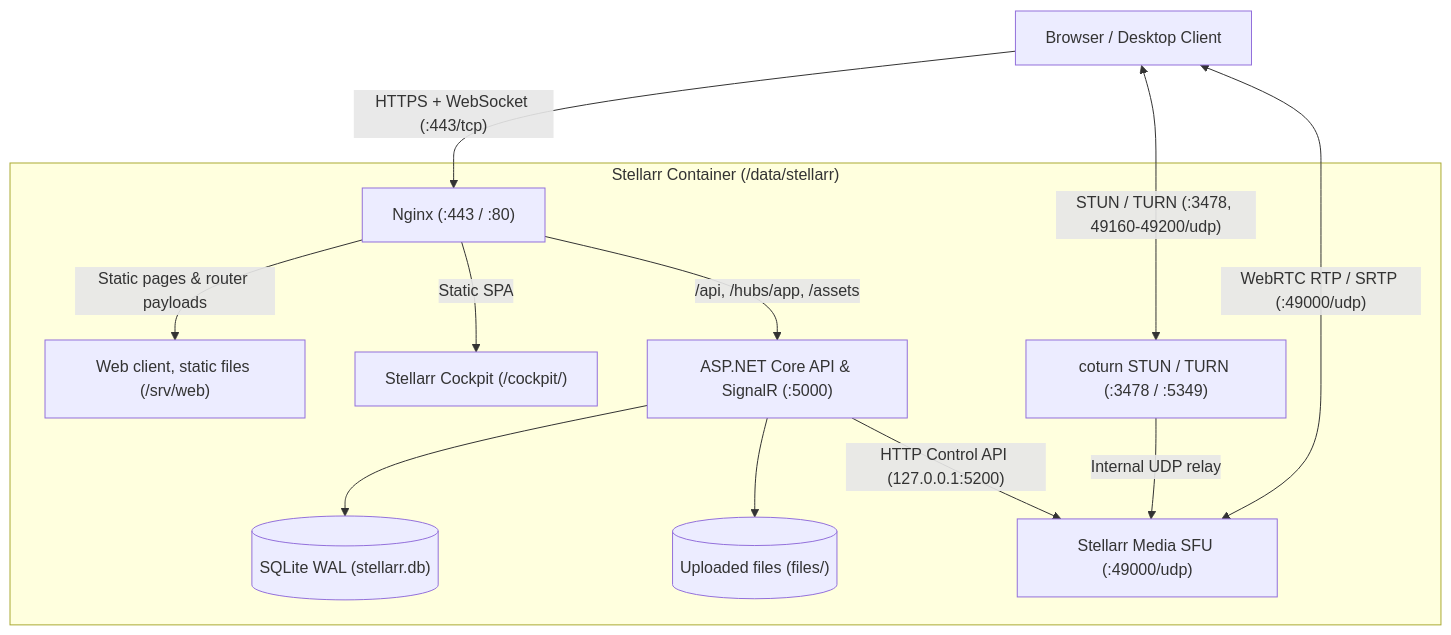
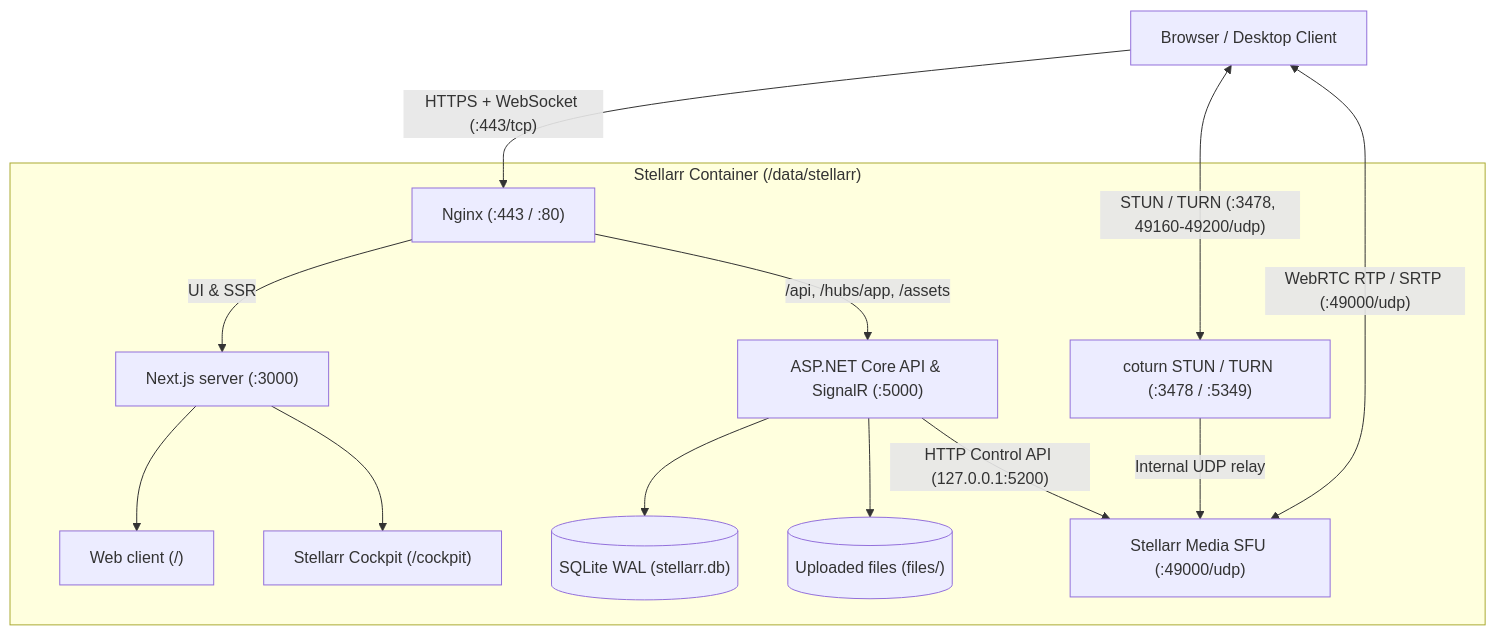
The diagram in docs/architecture.md (Arkazzae/Stellar), drawn with Mermaid before and after one commit. The commit also changed other lines of this file and 6 other files, not shown here.

````diff
--- a/docs/architecture.md
+++ b/docs/architecture.md
@@ -9,27 +9,29 @@
 ```mermaid
 flowchart TD
     Browser["Browser / Desktop Client"]
 
     subgraph Container["Stellarr Container (/data/stellarr)"]
         Nginx["Nginx (:443 / :80)"]
-        Web["Web client, static files (/srv/web)"]
-        Cockpit["Stellarr Cockpit (/cockpit/)"]
+        Next["Next.js server (:3000)"]
+        Web["Web client (/)"]
+        Cockpit["Stellarr Cockpit (/cockpit)"]
         Api["ASP.NET Core API & SignalR (:5000)"]
         Sqlite[("SQLite WAL (stellarr.db)")]
         Files[("Uploaded files (files/)")]
         Coturn["coturn STUN / TURN (:3478 / :5349)"]
         Media["Stellarr Media SFU (:49000/udp)"]
 
-        Nginx -->|"Static pages & router payloads"| Web
-        Nginx -->|"Static SPA"| Cockpit
+        Nginx -->|"UI & SSR"| Next
+        Next --> Web
+        Next --> Cockpit
         Nginx -->|"/api, /hubs/app, /assets"| Api
         Api --> Sqlite
         Api --> Files
         Api -->|"HTTP Control API (127.0.0.1:5200)"| Media
         Coturn -->|"Internal UDP relay"| Media
     end
 
     Browser -->|"HTTPS + WebSocket (:443/tcp)"| Nginx
     Browser <-->|"STUN / TURN (:3478, 49160-49200/udp)"| Coturn
     Browser <-->|"WebRTC RTP / SRTP (:49000/udp)"| Media
 ```
````
